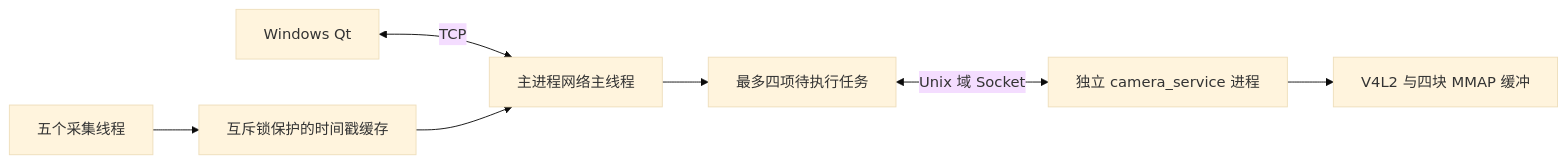
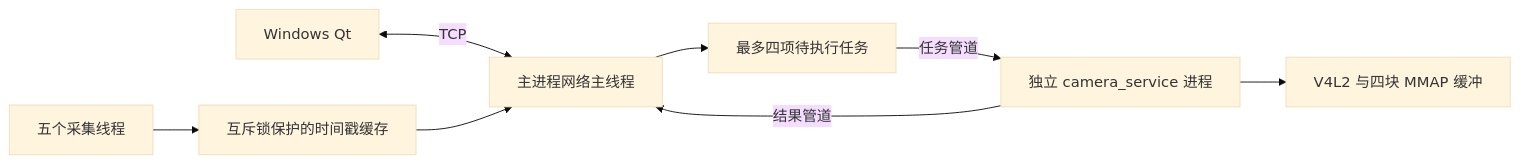
The diagram in docs/architecture.md (anyway-sc/imx6ull-inspection-terminal), drawn with Mermaid (base theme) before and after one commit. The commit also changed other lines of this file and 16 other files, not shown here.

````diff
--- a/docs/architecture.md
+++ b/docs/architecture.md
@@ -9,9 +9,10 @@
 ```mermaid
 flowchart LR
     Qt[Windows Qt] <-->|TCP| Network[主进程网络主线程]
     Sensors[五个采集线程] --> Cache[互斥锁保护的时间戳缓存]
     Cache --> Network
     Network --> Jobs[最多四项待执行任务]
-    Jobs <-->|Unix 域 Socket| Camera[独立 camera_service 进程]
+    Jobs -->|任务管道| Camera[独立 camera_service 进程]
+    Camera -->|结果管道| Network
     Camera --> V4L2[V4L2 与四块 MMAP 缓冲]
 ```
````
